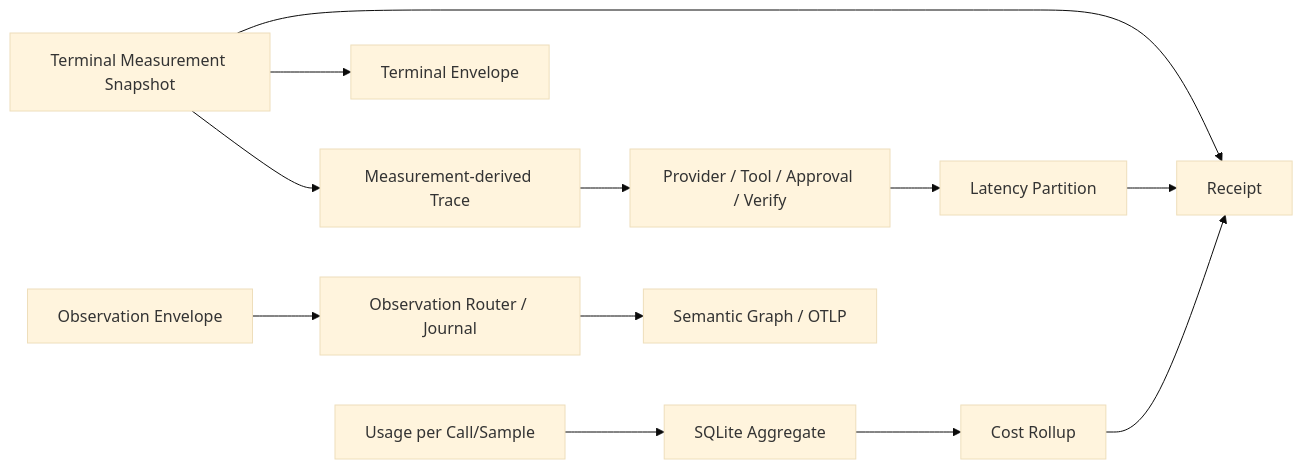
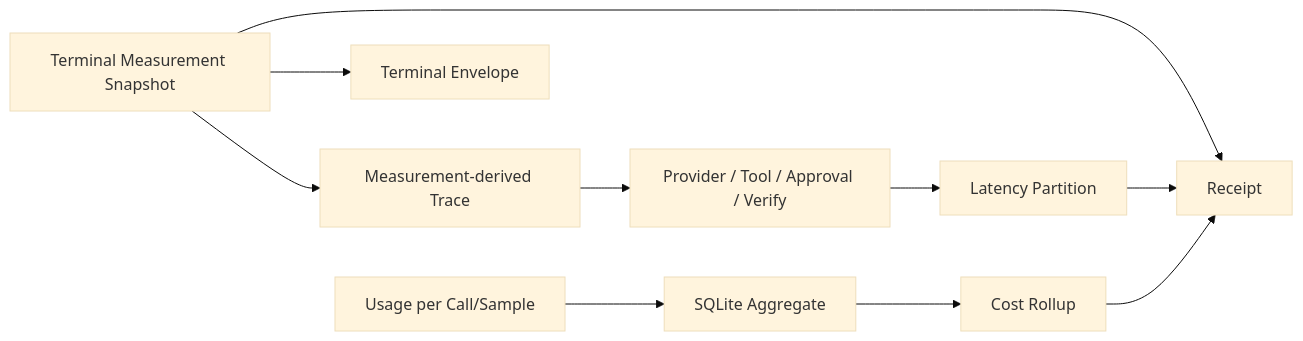
Before and after one commit to fwtllh-png/CodeHelper: the diagram in docs/book/zh-CN/08-state-observability/04-trace-usage-cost.md, drawn with Mermaid (base theme). The commit also changed other lines of this file and 381 other files, not shown here.

````diff
--- a/docs/book/zh-CN/08-state-observability/04-trace-usage-cost.md
+++ b/docs/book/zh-CN/08-state-observability/04-trace-usage-cost.md
@@ -47,14 +38,12 @@
 ```mermaid
 flowchart LR
     M[Terminal Measurement Snapshot] --> R[Receipt]
     M --> T[Measurement-derived Trace]
     M --> E[Terminal Envelope]
     T --> P[Provider / Tool / Approval / Verify]
     P --> L[Latency Partition]
     U[Usage per Call/Sample] --> A[SQLite Aggregate]
     A --> C[Cost Rollup]
-    O[Observation Envelope] --> J[Observation Router / Journal]
-    J --> X[Semantic Graph / OTLP]
     L --> R
     C --> R
 ```
````
